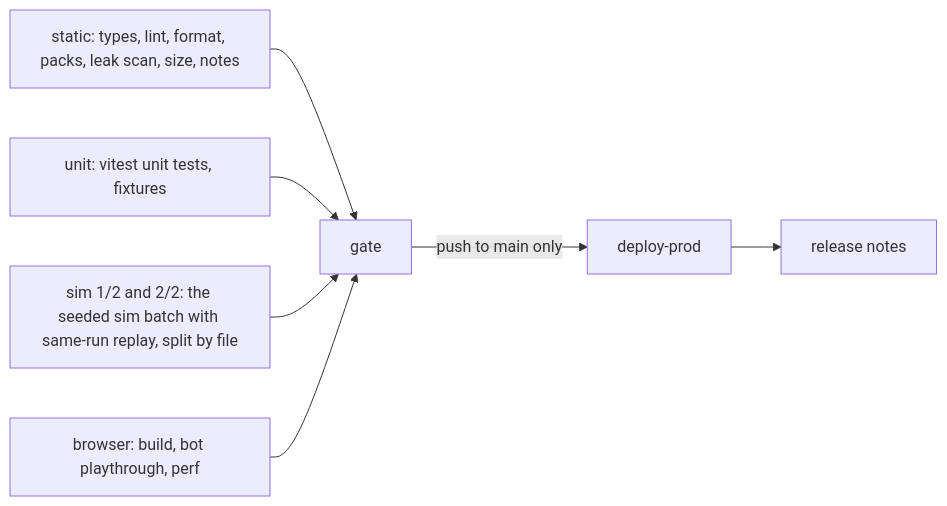
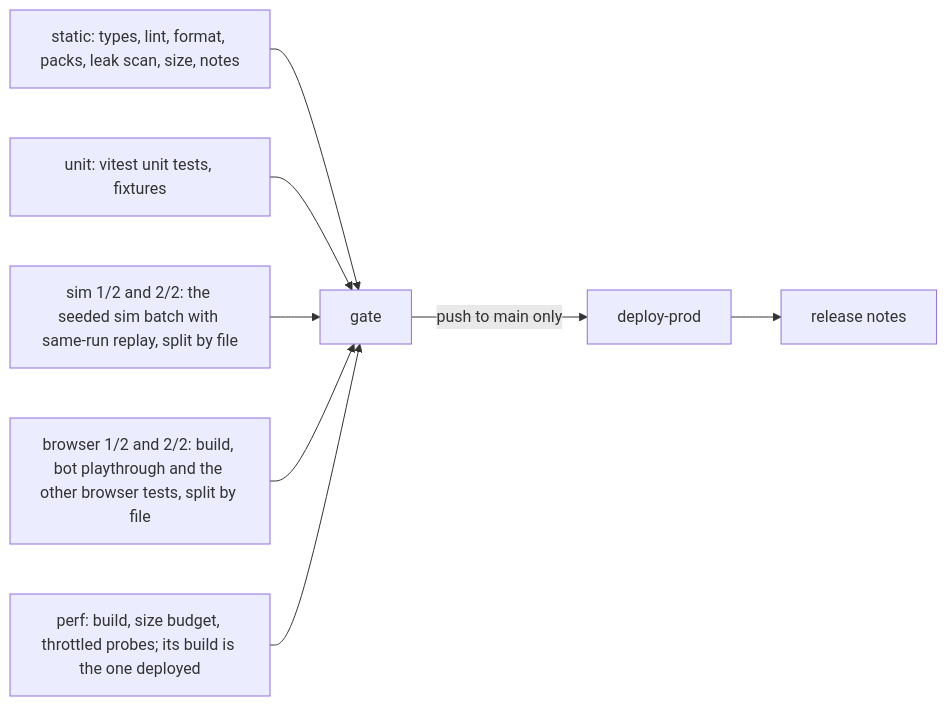
The diagram in docs/engineering.md (joshuasundance-swca/throttlebrawl), drawn with Mermaid before and after one commit. The commit also changed other lines of this file and 4 other files, not shown here.

First line of the commit message:
ci: split the browser tier into two e2e slices and a perf job

````diff
--- a/docs/engineering.md
+++ b/docs/engineering.md
@@ -237,9 +237,10 @@
 ```mermaid
 flowchart LR
   A[static: types, lint, format, packs, leak scan, size, notes] --> G[gate]
   B[unit: vitest unit tests, fixtures] --> G
   S[sim 1/2 and 2/2: the seeded sim batch with same-run replay, split by file] --> G
-  C[browser: build, bot playthrough, perf] --> G
+  C[browser 1/2 and 2/2: build, bot playthrough and the other browser tests, split by file] --> G
+  P[perf: build, size budget, throttled probes; its build is the one deployed] --> G
   G -->|push to main only| D[deploy-prod]
   D --> R[release notes]
 ```
````
